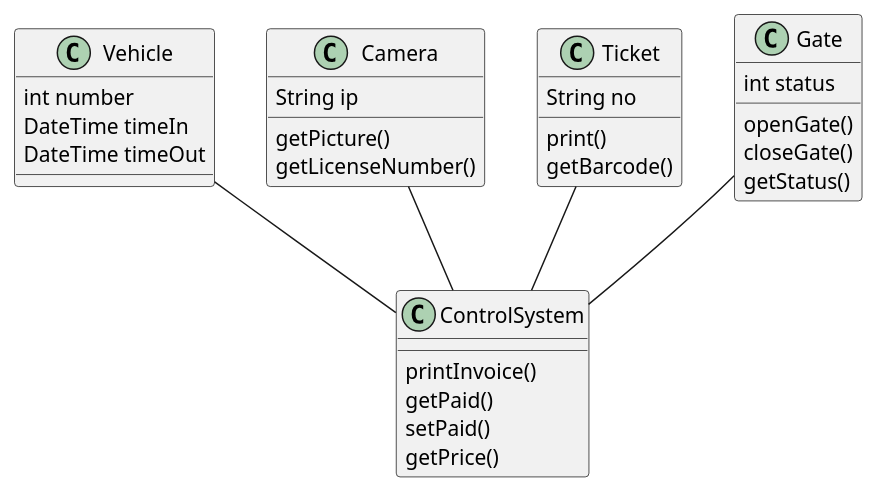
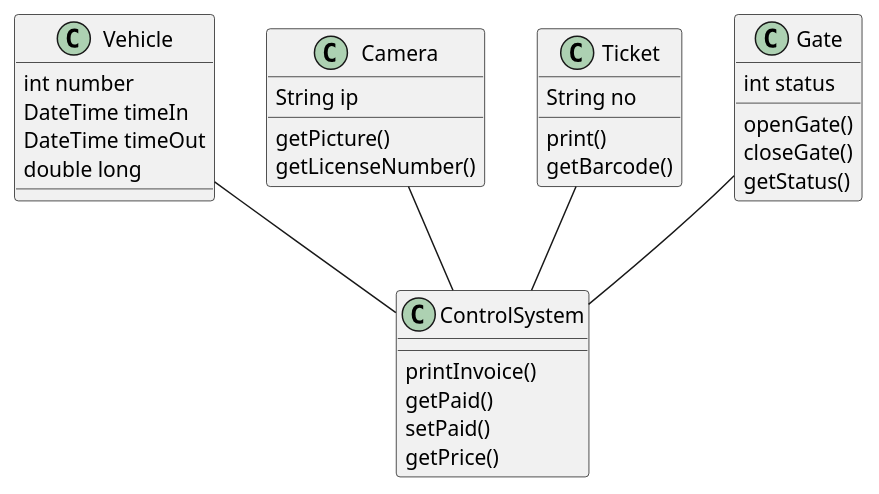
Before and after one commit to billymontolalu/thesis: the diagram in src/parkiran/case120.puml, drawn with PlantUML. The commit also changed 25 other files, not shown here.

```diff
--- a/src/parkiran/case120.puml
+++ b/src/parkiran/case120.puml
@@ -1,28 +1,29 @@
 @startuml
 Vehicle : int number
 Vehicle : DateTime timeIn
 Vehicle : DateTime timeOut
+Vehicle : double long
 
 Camera : String ip
 Camera : getPicture()
 Camera : getLicenseNumber()
 
 ControlSystem : printInvoice()
 ControlSystem : getPaid()
 ControlSystem : setPaid()
 ControlSystem : getPrice()
 
 Ticket : String no
 Ticket : print()
 Ticket : getBarcode()
 
 Gate : int status
 Gate : openGate()
 Gate : closeGate()
 Gate : getStatus()
 
 Camera -- ControlSystem
 Gate -- ControlSystem
 Ticket -- ControlSystem
 Vehicle -- ControlSystem
 @enduml
```
